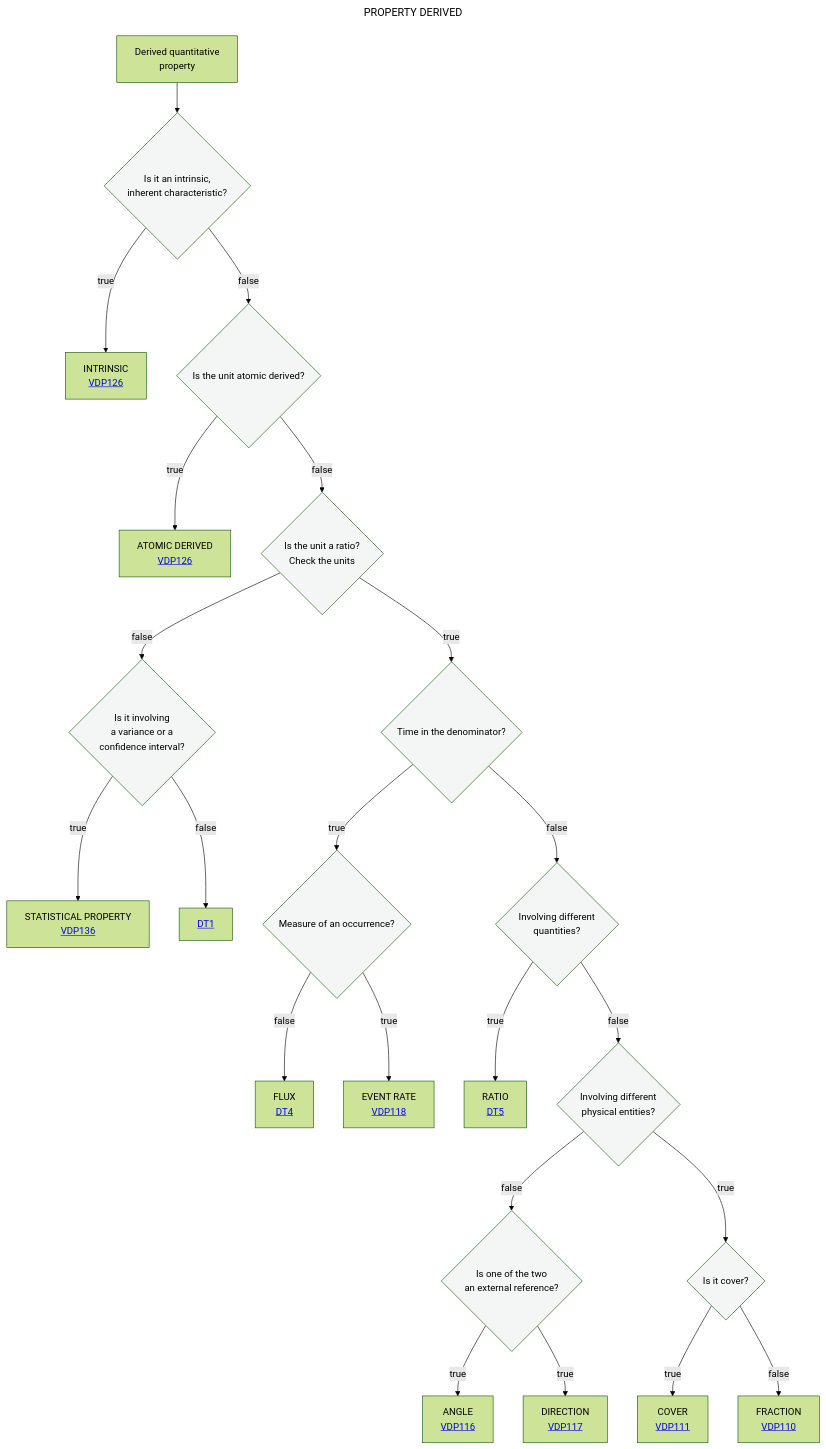
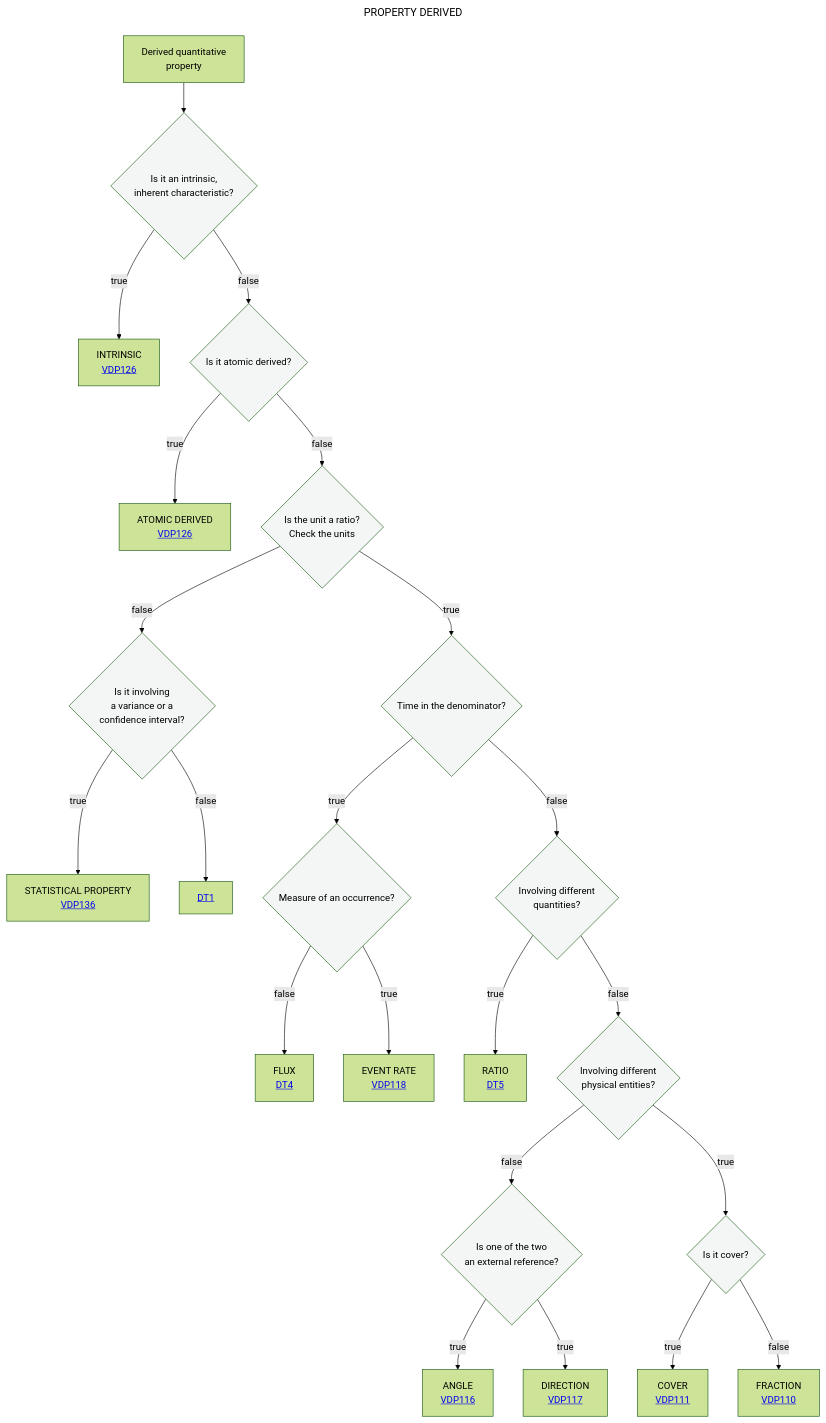
The diagram in Decisition_trees/DT3.mmd (mabablue/I-ADOPT-patterns-playground), drawn with Mermaid (forest theme) before and after one commit.

```diff
--- a/Decisition_trees/DT3.mmd
+++ b/Decisition_trees/DT3.mmd
@@ -1,29 +1,29 @@
 ---
 title: PROPERTY DERIVED
 ---
 flowchart TD
     A[Derived quantitative <br> property] --> AB{Is it an intrinsic, <br> inherent characteristic?}:::white
     AB --> |true|Y[INTRINSIC <br> <a href='https://github.com/mabablue/I-ADOPT-patterns-playground/blob/main/pattern/VDP126.yaml'>VDP126</a>]
-    AB --> |false|ABB{Is the unit atomic derived?}:::white
+    AB --> |false|ABB{Is it atomic derived?}:::white
     ABB --> |true|Z[ATOMIC DERIVED <br> <a href='https://github.com/mabablue/I-ADOPT-patterns-playground/blob/main/pattern/VDP126.yaml'>VDP126</a>]
     ABB --> |false|B{Is the unit a ratio?<br>Check the units}:::white
     B --> |true|N{Time in the denominator?}:::white
     B --> |false|D{Is it involving <br>a variance or a<br> confidence interval?}:::white
     D --> |true|G[STATISTICAL PROPERTY <br> <a href='https://github.com/mabablue/I-ADOPT-patterns-playground/blob/main/pattern/VDP136.yaml'>VDP136</a>]
     D --> |false|F[<a href='https://github.com/mabablue/I-ADOPT-patterns-playground/blob/main/Decisition_trees/DT2.mmd'>DT1</a>]
     N --> |true|E{Measure of an occurrence?}:::white
     E --> |false|K[FLUX <br> <a href='https://github.com/mabablue/I-ADOPT-patterns-playground/blob/main/Decisition_trees/DT4.mmd'> DT4</a>]
     E --> |true|J[EVENT RATE <br> <a href='https://github.com/mabablue/I-ADOPT-patterns-playground/blob/main/pattern/VDP118.yaml'>VDP118</a>]
     N --> |false|O{Involving different <br> quantities?}:::white
     O --> |true|P[RATIO <br> <a href='https://github.com/mabablue/I-ADOPT-patterns-playground/blob/main/Decisition_trees/DT5.mmd'> DT5</a>]
     O --> |false|Q{Involving different <br> physical entities?}:::white
     Q --> |false|R{Is one of the two <br> an external reference?}:::white
     R --> |true|L[ANGLE <br> <a href='https://github.com/mabablue/I-ADOPT-patterns-playground/blob/main/pattern/VDP116.yaml'>VDP116</a>]
     R --> |true|M[DIRECTION <br> <a href='https://github.com/mabablue/I-ADOPT-patterns-playground/blob/main/pattern/VDP117.yaml'>VDP117</a>]
     Q --> |true|S{Is it cover?}:::white
     S --> |true|X[COVER <br> <a href='https://github.com/mabablue/I-ADOPT-patterns-playground/blob/main/pattern/VDP111.yaml'>VDP111</a>]
     S --> |false|V[FRACTION <br> <a href='https://github.com/mabablue/I-ADOPT-patterns-playground/blob/main/pattern/VDP110.yaml'>VDP110</a>]
    classDef blue fill:#90D5FF
    classDef satblue fill:#57B9FF 
    classDef white fill:#f3f6f4
    classDef green fill:#6aa84f
```
